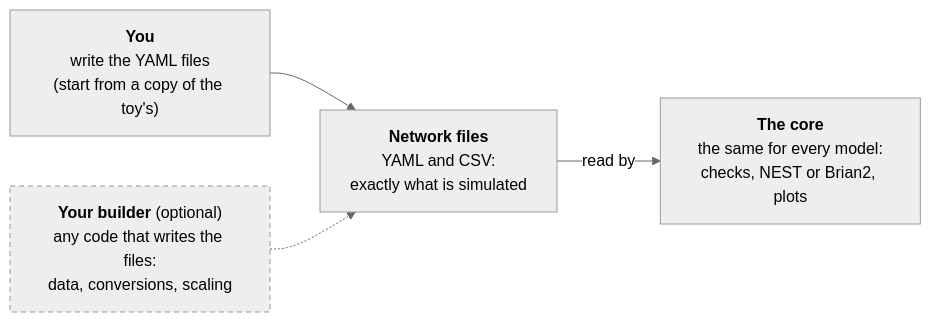
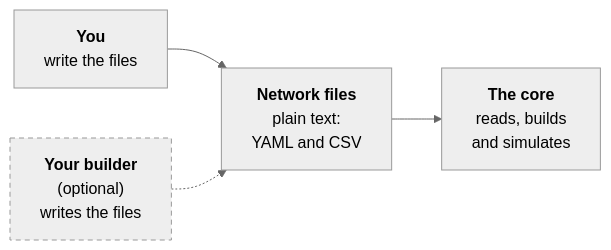
The diagram in README.md (shimoura/microcircuit-lab), drawn with Mermaid (neutral theme) before and after one commit. The commit also changed other lines of this file, not shown here.

Commit message:
README: say what the framework is for

````diff
--- a/README.md
+++ b/README.md
@@ -13,8 +17,8 @@
 ```mermaid
 flowchart LR
-  H["<b>You</b><br/>write the YAML files<br/>(start from a copy of the toy's)"] --> F
-  B["<b>Your builder</b> (optional)<br/>any code that writes the files:<br/>data, conversions, scaling"] -.-> F
-  F["<b>Network files</b><br/>YAML and CSV:<br/>exactly what is simulated"] -->|read by| C["<b>The core</b><br/>the same for every model:<br/>checks, NEST or Brian2, plots"]
+  H["<b>You</b><br/>write the files"] --> F
+  B["<b>Your builder</b><br/>(optional)<br/>writes the files"] -.-> F
+  F["<b>Network files</b><br/>plain text:<br/>YAML and CSV"] --> C["<b>The core</b><br/>reads, builds<br/>and simulates"]
   classDef optional stroke-dasharray: 5 4
   class B optional
 ```
````
